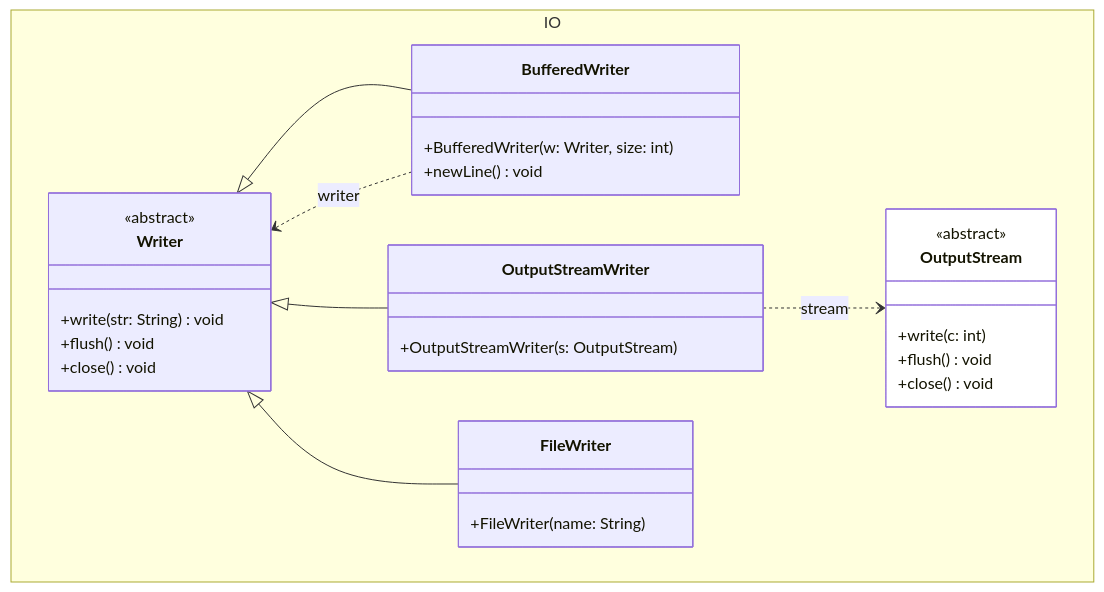
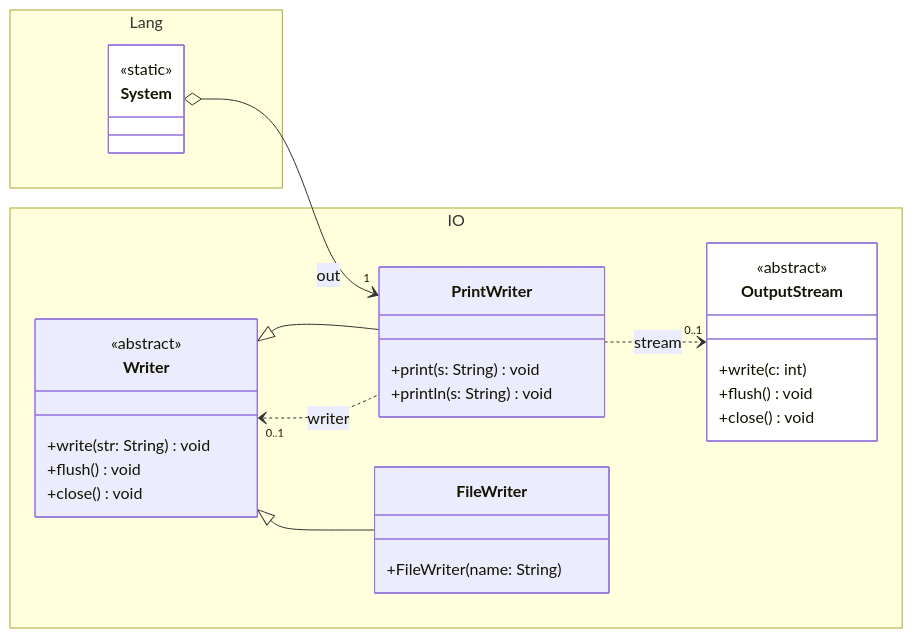
The diagram in Grafiken/IO/Writer.mmd (ghackenberg/kurs-java-programmierung), drawn with Mermaid before and after one commit. The commit also changed 12 other files, not shown here.

```diff
--- a/Grafiken/IO/Writer.mmd
+++ b/Grafiken/IO/Writer.mmd
@@ -1,44 +1,50 @@
 classDiagram
+
+    direction LR
+
+    namespace Lang {
+
+        class System {
+            <<static>>
+        }
+
+    }
 
     namespace IO {
 
         class OutputStream {
             <<abstract>>
             +write(c: int)
             +flush() void
             +close() void
         }
 
         class Writer {
             <<abstract>>
             +write(str: String) void
             +flush() void
             +close() void
         }
 
-        class BufferedWriter {
-            +BufferedWriter(w: Writer, size: int)
-            +newLine() void
-        }
-
-        class OutputStreamWriter {
-            +OutputStreamWriter(s: OutputStream)
+        class PrintWriter {
+            +print(s: String) void
+            +println(s: String) void
         }
 
         class FileWriter {
             +FileWriter(name: String)
         }
         
     }
 
-    Writer <|-- BufferedWriter
+    System o-->"1" PrintWriter: out
 
-    Writer <.. BufferedWriter: writer
+    Writer <|-- PrintWriter
+    Writer "0..1"<.. PrintWriter: writer
 
-    Writer <|-- OutputStreamWriter
+    PrintWriter ..>"0..1" OutputStream: stream
 
     Writer <|-- FileWriter
 
-    OutputStreamWriter ..> OutputStream: stream
-
+    style System fill:white
     style OutputStream fill:white
```
